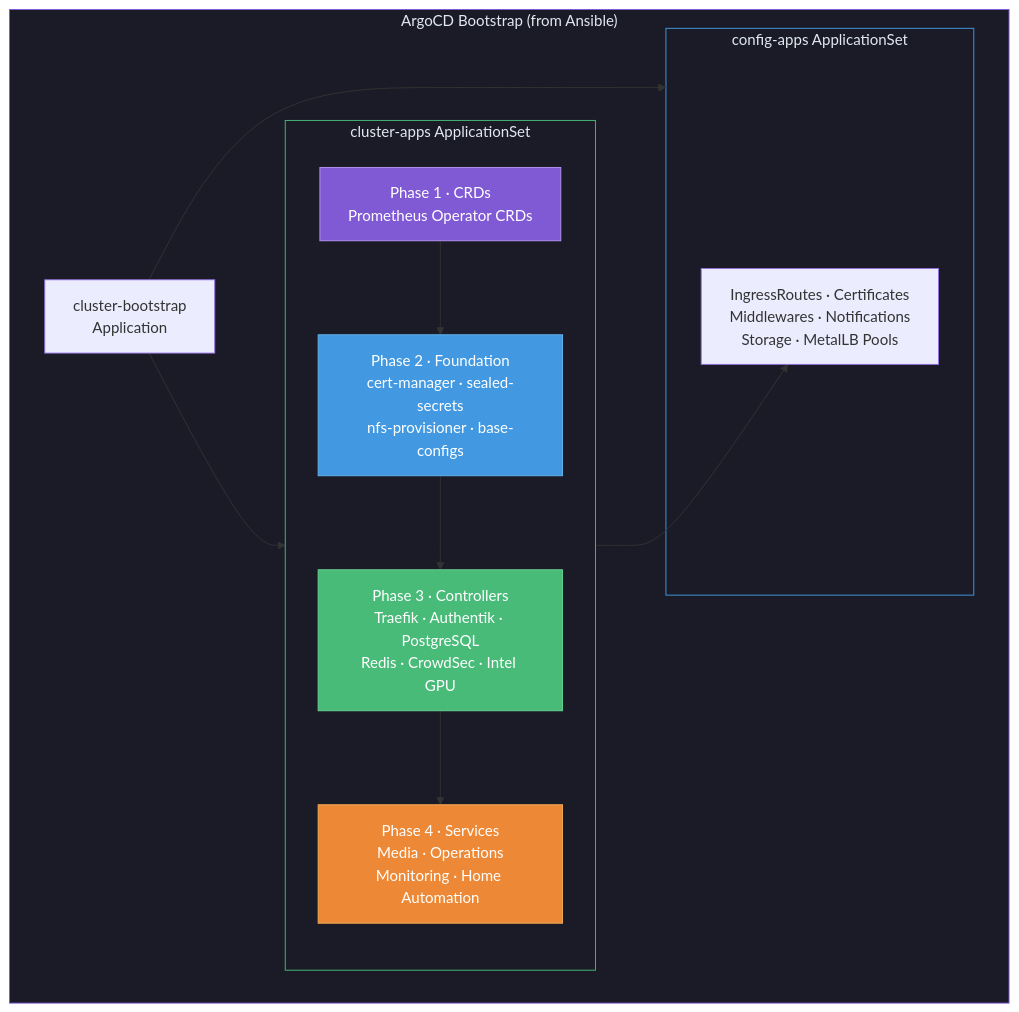
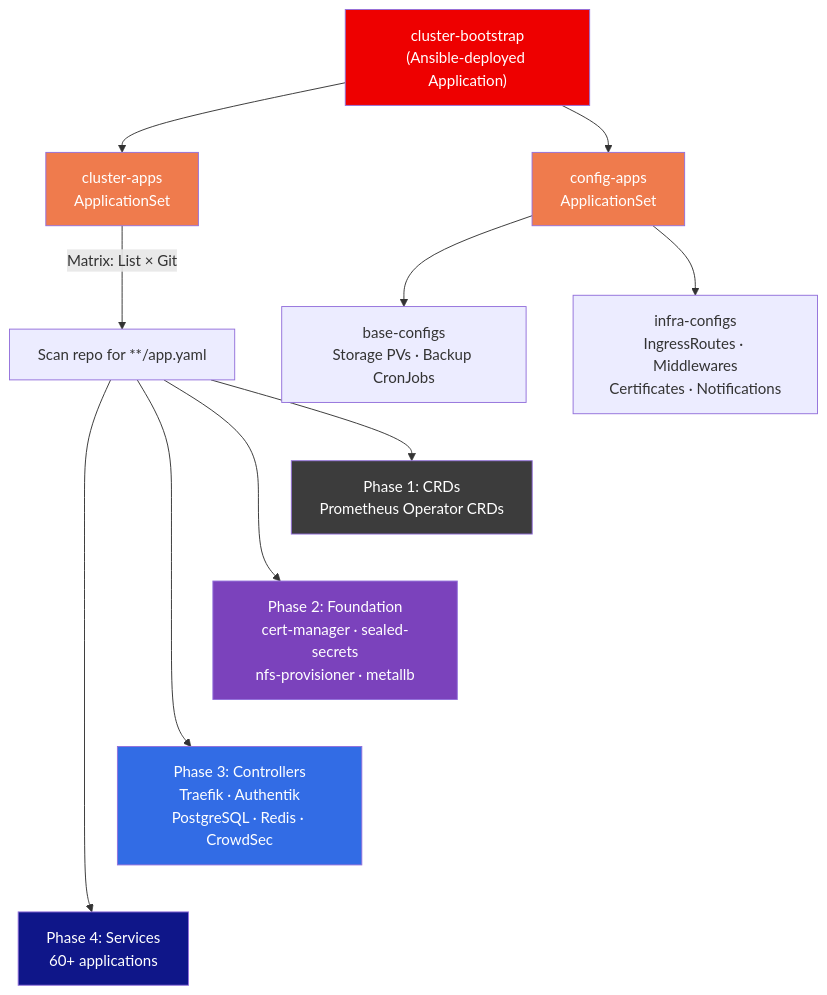
The first of 5 diagrams in README.md (Starktastic-Homelab/apps), drawn with Mermaid before and after one commit. The commit also changed other lines of this file, not shown here.

Commit message:
docs: rewrite README with diagrams and pipeline documentation

````diff
--- a/README.md
+++ b/README.md
@@ -16,30 +56,26 @@
 ```mermaid
 flowchart TB
-    subgraph bootstrap["ArgoCD Bootstrap (from Ansible)"]
-        App["cluster-bootstrap\nApplication"] --> AppSets
-        App --> ConfigSets
-    end
+    BOOT["cluster-bootstrap\n(Ansible-deployed Application)"]
+    BOOT --> CS["cluster-apps\nApplicationSet"]
+    BOOT --> CFG["config-apps\nApplicationSet"]
 
-    subgraph AppSets["cluster-apps ApplicationSet"]
-        direction TB
-        P1["Phase 1 · CRDs\nPrometheus Operator CRDs"]
-        P2["Phase 2 · Foundation\ncert-manager · sealed-secrets\nnfs-provisioner · base-configs"]
-        P3["Phase 3 · Controllers\nTraefik · Authentik · PostgreSQL\nRedis · CrowdSec · Intel GPU"]
-        P4["Phase 4 · Services\nMedia · Operations\nMonitoring · Home Automation"]
-        P1 --> P2 --> P3 --> P4
-    end
+    CS -->|"Matrix: List × Git"| DISCOVER["Scan repo for **/app.yaml"]
 
-    subgraph ConfigSets["config-apps ApplicationSet"]
-        Configs["IngressRoutes · Certificates\nMiddlewares · Notifications\nStorage · MetalLB Pools"]
-    end
+    DISCOVER --> P1["Phase 1: CRDs\nPrometheus Operator CRDs"]
+    DISCOVER --> P2["Phase 2: Foundation\ncert-manager · sealed-secrets\nnfs-provisioner · metallb"]
+    DISCOVER --> P3["Phase 3: Controllers\nTraefik · Authentik\nPostgreSQL · Redis · CrowdSec"]
+    DISCOVER --> P4["Phase 4: Services\n60+ applications"]
 
-    P3 --> Configs
+    CFG --> BC["base-configs\nStorage PVs · Backup CronJobs"]
+    CFG --> IC["infra-configs\nIngressRoutes · Middlewares\nCertificates · Notifications"]
 
-    style bootstrap fill:#1a1b27,stroke:#805ad5,color:#e2e8f0
-    style AppSets fill:#1a1b27,stroke:#48bb78,color:#e2e8f0
-    style ConfigSets fill:#1a1b27,stroke:#4299e1,color:#e2e8f0
-    style P1 fill:#805ad5,stroke:#b794f4,color:#fff
-    style P2 fill:#4299e1,stroke:#63b3ed,color:#fff
-    style P3 fill:#48bb78,stroke:#68d391,color:#fff
-    style P4 fill:#ed8936,stroke:#f6ad55,color:#fff
+    P1 ~~~ P2 ~~~ P3 ~~~ P4
+
+    style BOOT fill:#EE0000,color:#fff
+    style CS fill:#EF7B4D,color:#fff
+    style CFG fill:#EF7B4D,color:#fff
+    style P1 fill:#3C3C3C,color:#fff
+    style P2 fill:#7B42BC,color:#fff
+    style P3 fill:#326CE5,color:#fff
+    style P4 fill:#0F1689,color:#fff
 ```
````
